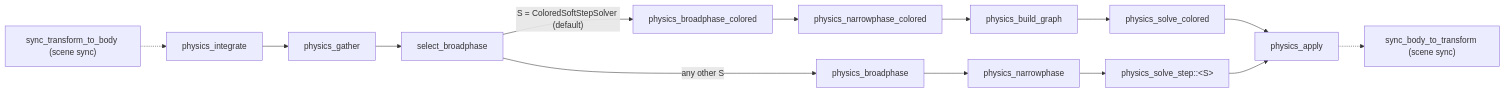
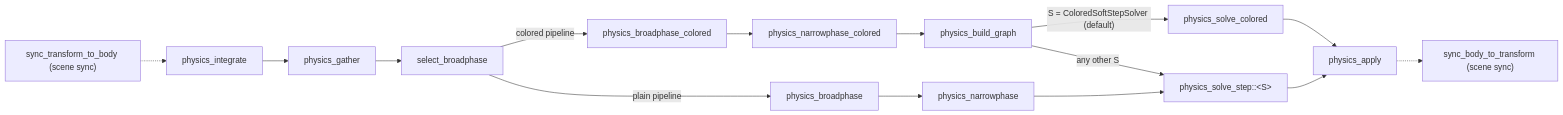
Before and after one commit to bluesteelll/boyko-engine: the diagram in book/src/simulation/physics.md, drawn with Mermaid. The commit also changed other lines of this file and 24 other files, not shown here.

````diff
--- a/book/src/simulation/physics.md
+++ b/book/src/simulation/physics.md
@@ -337,16 +339,17 @@
 ```mermaid
 flowchart LR
     T["sync_transform_to_body (scene sync)"] -.-> A
     A[physics_integrate] --> B[physics_gather]
     B --> P[select_broadphase]
-    P -->|"S = ColoredSoftStepSolver (default)"| CC[physics_broadphase_colored]
+    P -->|"colored pipeline"| CC[physics_broadphase_colored]
     CC --> DC[physics_narrowphase_colored]
     DC --> G[physics_build_graph]
-    G --> E[physics_solve_colored]
-    P -->|"any other S"| C[physics_broadphase]
+    G -->|"S = ColoredSoftStepSolver (default)"| E[physics_solve_colored]
+    G -->|"any other S"| R["physics_solve_step::&lt;S&gt;"]
+    P -->|"plain pipeline"| C[physics_broadphase]
     C --> D[physics_narrowphase]
-    D --> R["physics_solve_step::&lt;S&gt;"]
+    D --> R
     E --> F[physics_apply]
     R --> F
     F -.-> S2["sync_body_to_transform (scene sync)"]
 ```
````
